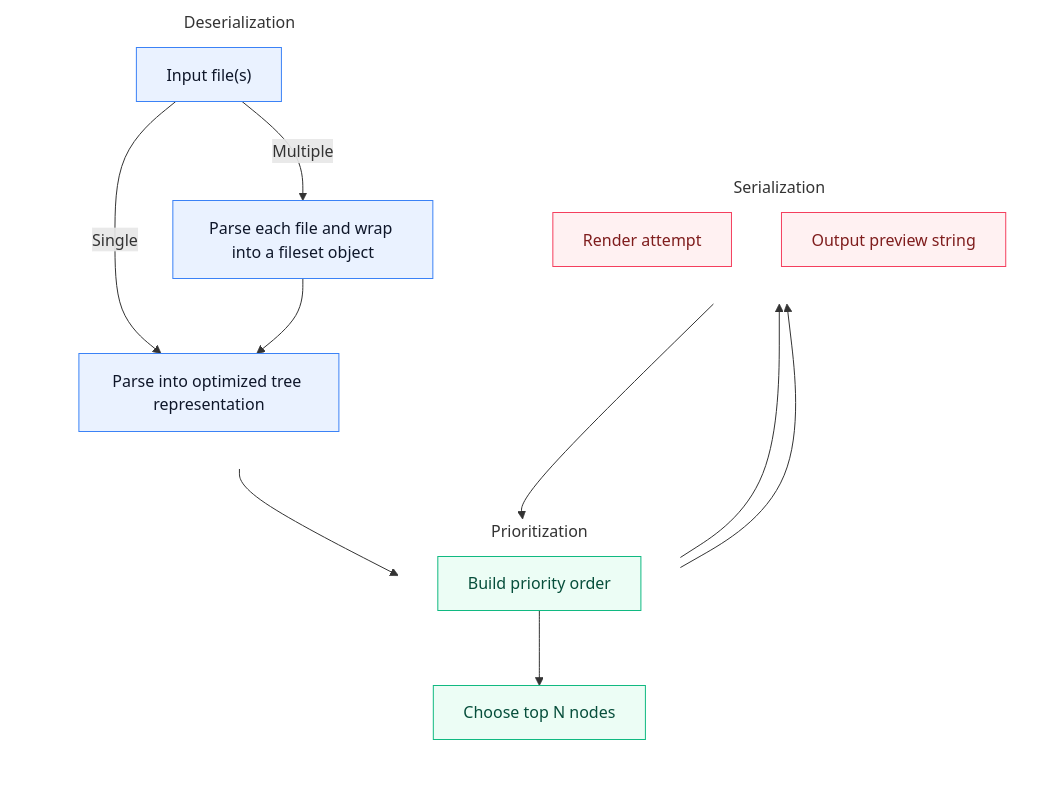
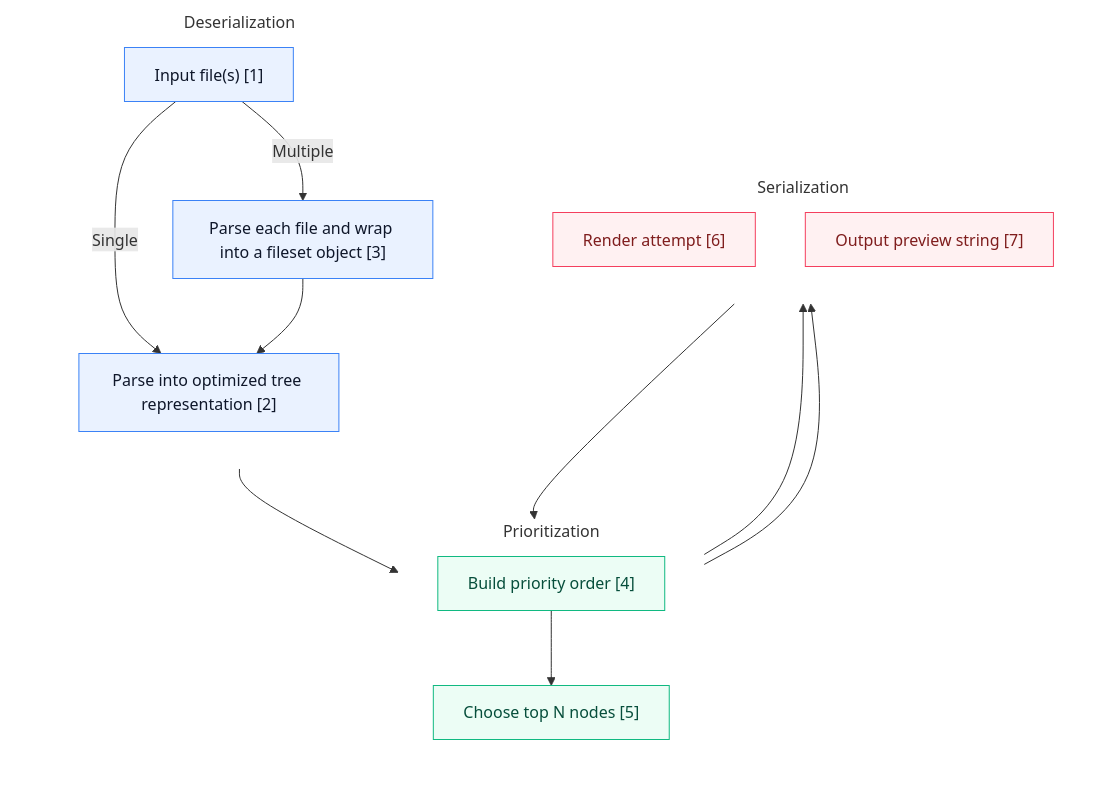
Before and after one commit to kantord/headson: the diagram in README.md, drawn with Mermaid. The commit also changed other lines of this file, not shown here.

Commit message:
docs: add footnotes to algo chart

````diff
--- a/README.md
+++ b/README.md
@@ -153,36 +153,36 @@
 ```mermaid
 %%{init: {"themeCSS": ".cluster > rect { fill: transparent; stroke: transparent; } .clusterLabel > text { font-size: 16px; font-weight: 600; } .clusterLabel span { padding: 6px 10px; font-size: 16px; font-weight: 600; }"}}%%
 flowchart TD
     subgraph Deserialization
         direction TB
-        A["Input file(s)"]
-        A -- Single --> C["Parse into optimized tree representation"]
-        A -- Multiple --> D["Parse each file and wrap into a fileset object"]
+        A["Input file(s) [1]"]
+        A -- Single --> C["Parse into optimized tree representation [2]"]
+        A -- Multiple --> D["Parse each file and wrap into a fileset object [3]"]
         D --> C
     end
     subgraph Prioritization
         direction TB
-        E["Build priority order"]
-        F["Choose top N nodes"]
+        E["Build priority order [4]"]
+        F["Choose top N nodes [5]"]
     end
     subgraph Serialization
         direction TB
-        G["Render attempt"]
-        H["Output preview string"]
+        G["Render attempt [6]"]
+        H["Output preview string [7]"]
     end
     C --> E
     E --> F
     F --> G
     G --> F
     F --> H
     %% Color classes for categories
     classDef des fill:#eaf2ff,stroke:#3b82f6,stroke-width:1px,color:#0f172a;
     classDef prio fill:#ecfdf5,stroke:#10b981,stroke-width:1px,color:#064e3b;
     classDef ser fill:#fff1f2,stroke:#f43f5e,stroke-width:1px,color:#7f1d1d;
     class A,C,D des;
     class E,F prio;
     class G,H ser;
     style Deserialization fill:transparent,stroke:transparent
     style Prioritization fill:transparent,stroke:transparent
     style Serialization fill:transparent,stroke:transparent
 ```
````
